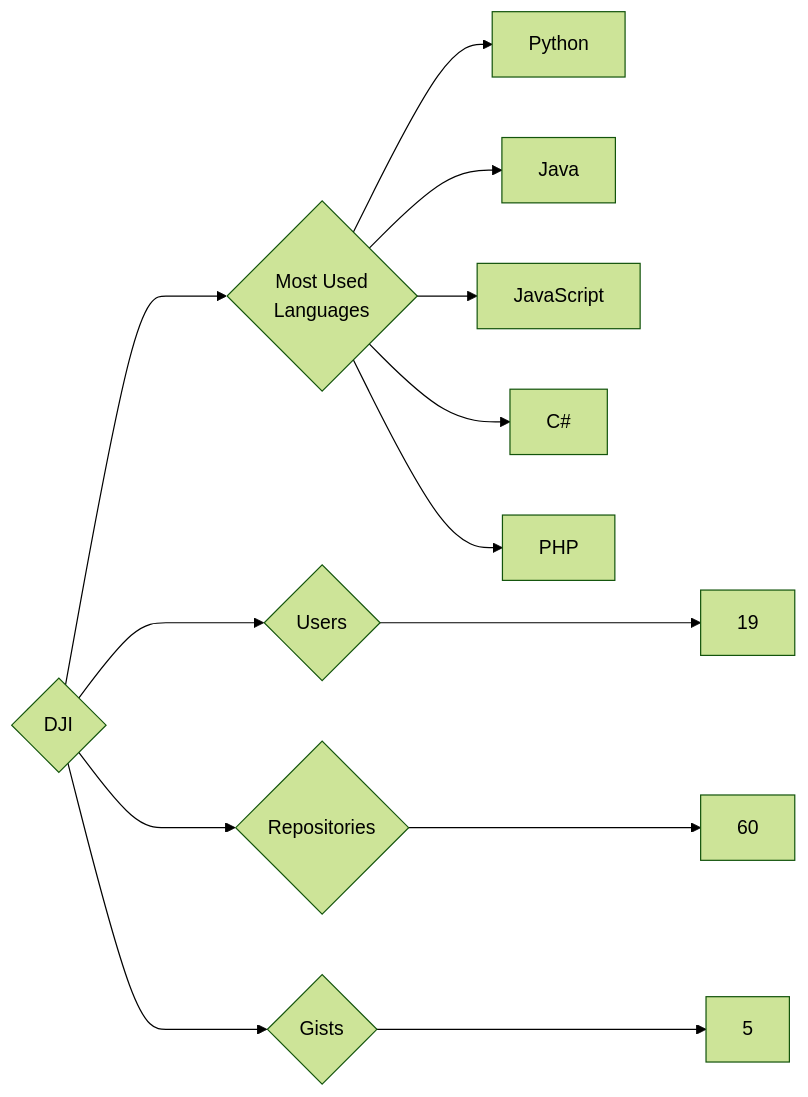
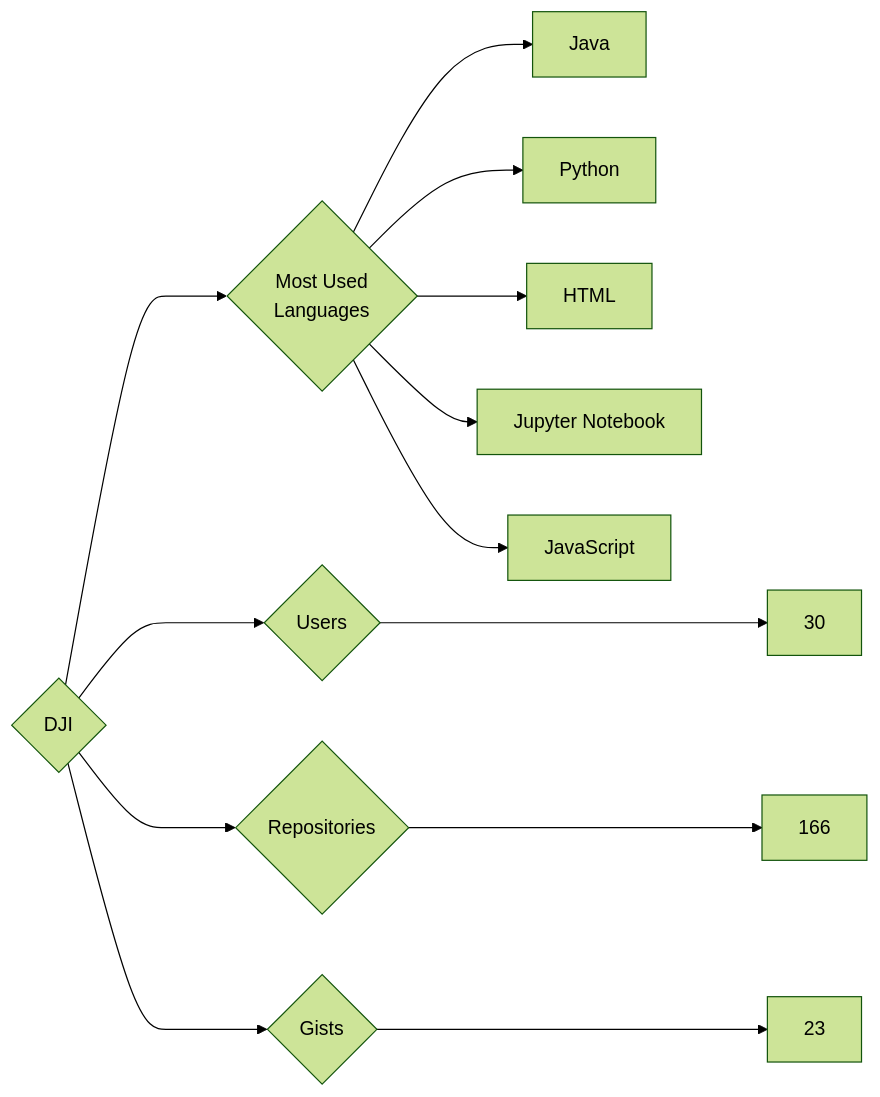
One commit to trickest/insiders changed the diagram in targets/DJI/README.md. Above: the diagram before and after it, drawn with Mermaid (forest theme). The commit also changed 682 other files, not shown here.

````diff
--- a/targets/DJI/README.md
+++ b/targets/DJI/README.md
@@ -3,13 +3,13 @@
 ```mermaid
 graph LR
 COMPANY_NAME{DJI}
-COMPANY_NAME ---> U{Users} ---> UN[19]
-COMPANY_NAME ---> R{Repositories} ---> RN[60]
-COMPANY_NAME ---> G{Gists} ---> GN[5]
+COMPANY_NAME ---> U{Users} ---> UN[30]
+COMPANY_NAME ---> R{Repositories} ---> RN[166]
+COMPANY_NAME ---> G{Gists} ---> GN[23]
 COMPANY_NAME ---> ML{Most Used<br>Languages}
+ML --> Java[Java]
 ML --> Python[Python]
-ML --> Java[Java]
+ML --> HTML[HTML]
+ML --> Jupyter_Notebook[Jupyter Notebook]
 ML --> JavaScript[JavaScript]
-ML --> C#[C#]
-ML --> PHP[PHP]
 ```
````
